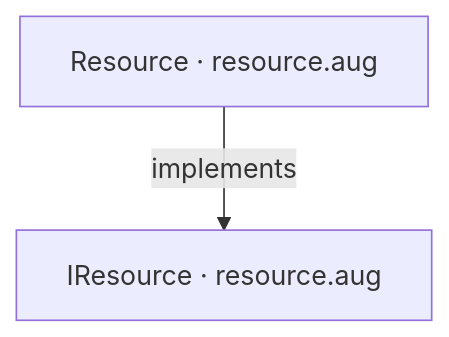
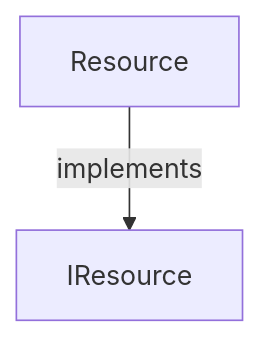
The diagram in docs/examples/drop/resource-diagrams.md (GreenPandaStudios/augscript), drawn with Mermaid before and after one commit. The commit also changed other lines of this file and 524 other files, not shown here.

Commit message:
Explain checked data flow at folder and service levels

````diff
--- a/docs/examples/drop/resource-diagrams.md
+++ b/docs/examples/drop/resource-diagrams.md
@@ -19,6 +19,6 @@
 ```mermaid
 flowchart TD
-    n0["IResource · resource.aug"]
-    n1["Resource · resource.aug"]
+    n0["IResource"]
+    n1["Resource"]
     n1 -->|"implements"| n0
 ```
````
